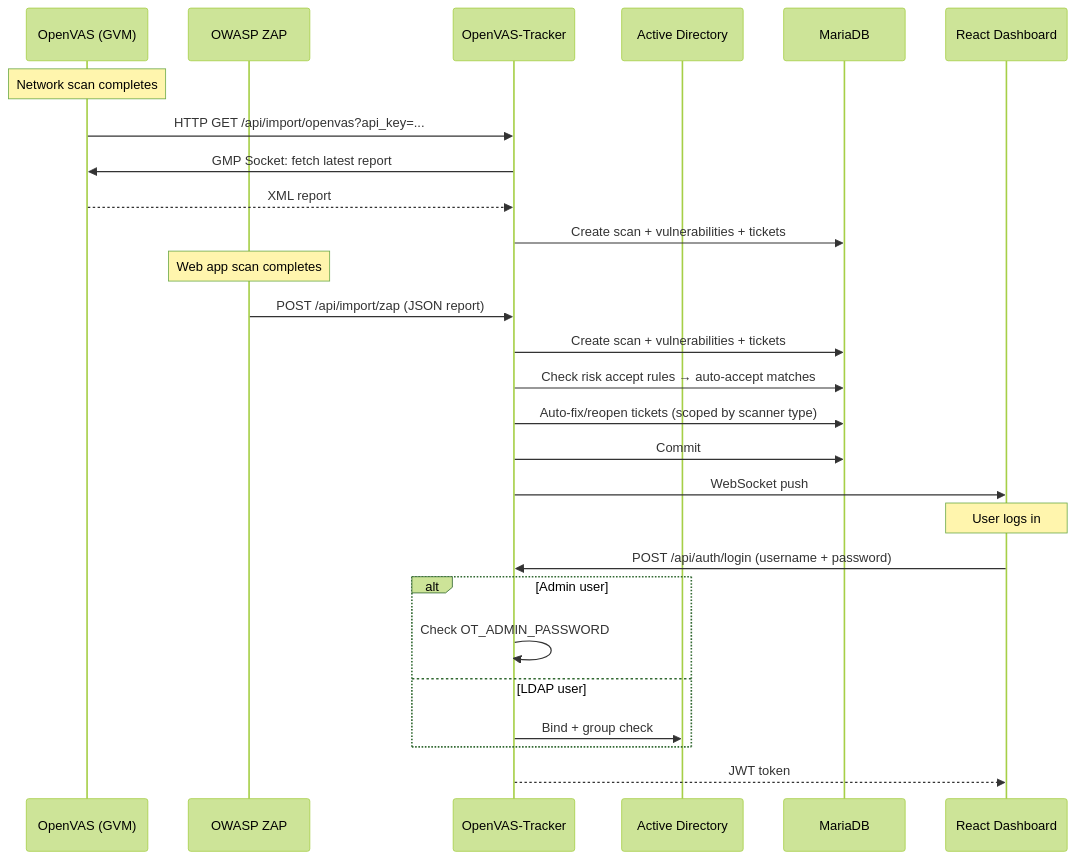
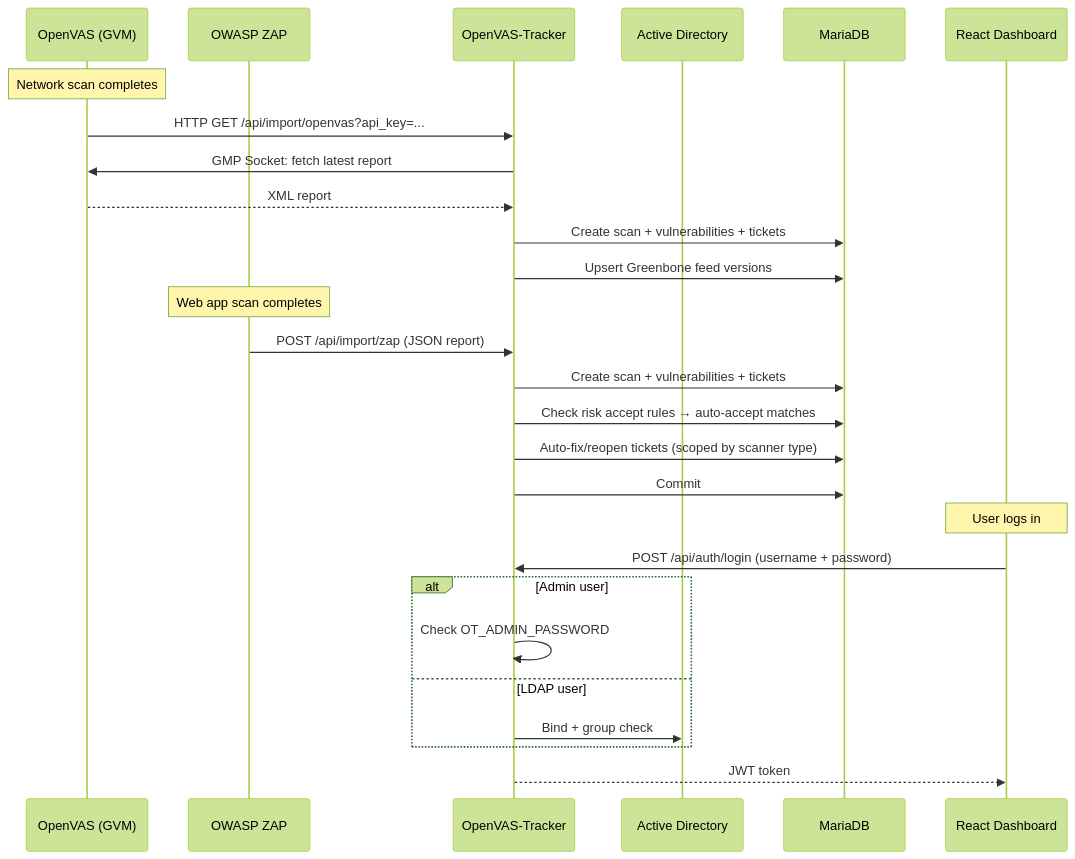
The diagram in README.md (trcyberoptic/openvas-tracker), drawn with Mermaid (forest theme) before and after one commit. The commit also changed other lines of this file and 1 other file, not shown here.

````diff
--- a/README.md
+++ b/README.md
@@ -43,33 +44,33 @@
 ```mermaid
 sequenceDiagram
     participant OV as OpenVAS (GVM)
     participant ZAP as OWASP ZAP
     participant TR as OpenVAS-Tracker
     participant AD as Active Directory
     participant DB as MariaDB
     participant UI as React Dashboard
 
     Note over OV: Network scan completes
     OV->>TR: HTTP GET /api/import/openvas?api_key=...
     TR->>OV: GMP Socket: fetch latest report
     OV-->>TR: XML report
     TR->>DB: Create scan + vulnerabilities + tickets
+    TR->>DB: Upsert Greenbone feed versions
 
     Note over ZAP: Web app scan completes
     ZAP->>TR: POST /api/import/zap (JSON report)
     TR->>DB: Create scan + vulnerabilities + tickets
 
     TR->>DB: Check risk accept rules → auto-accept matches
     TR->>DB: Auto-fix/reopen tickets (scoped by scanner type)
     TR->>DB: Commit
-    TR->>UI: WebSocket push
 
     Note over UI: User logs in
     UI->>TR: POST /api/auth/login (username + password)
     alt Admin user
         TR->>TR: Check OT_ADMIN_PASSWORD
     else LDAP user
         TR->>AD: Bind + group check
     end
     TR-->>UI: JWT token
 ```
````
